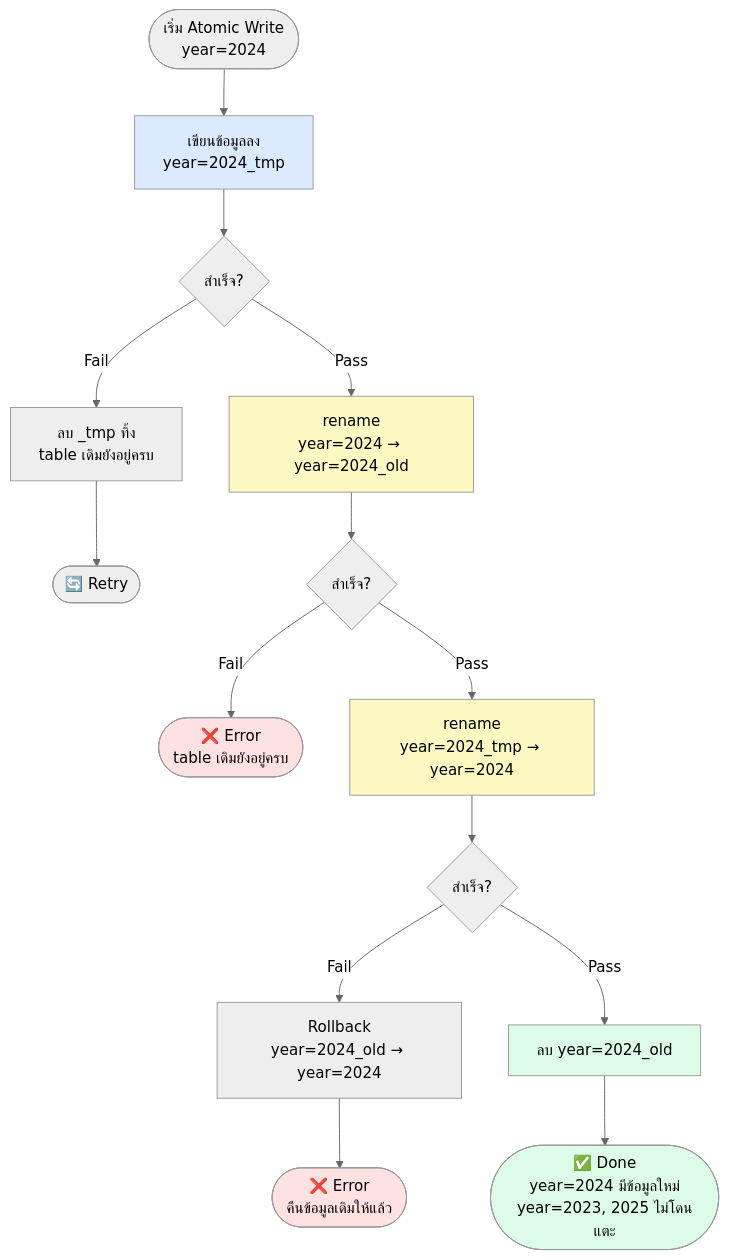
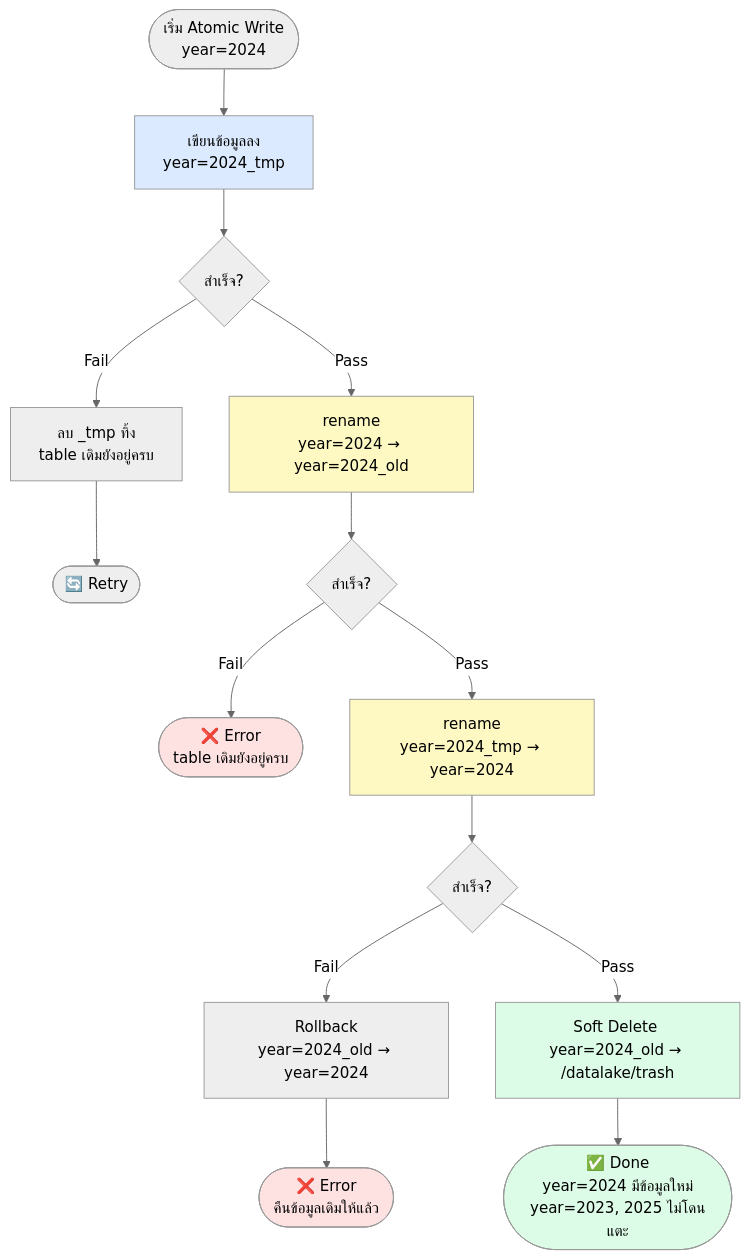
One commit to Ronnagon-Phukahuta/hadoop-data-pipeline changed the third of 3 diagrams in README.md. Above: the diagram before and after it, drawn with Mermaid (neutral theme). The commit also changed other lines of this file and 26 other files, not shown here.

First line of the commit message:
feat: Phase 1 — Stabilize (soft delete, versioning, CLI, logging) (#3)

````diff
--- a/README.md
+++ b/README.md
@@ -342,31 +369,31 @@
 ```mermaid
 flowchart TD
     A([เริ่ม Atomic Write<br/>year=2024]) --> B[เขียนข้อมูลลง<br/>year=2024_tmp]
 
     B --> B1{สำเร็จ?}
     B1 -->|Fail| B2[ลบ _tmp ทิ้ง<br/>table เดิมยังอยู่ครบ]
     B2 --> RETRY([🔄 Retry])
     B1 -->|Pass| C
 
     C[rename<br/>year=2024 → year=2024_old]
     C --> C1{สำเร็จ?}
     C1 -->|Fail| C2([❌ Error<br/>table เดิมยังอยู่ครบ])
     C1 -->|Pass| D
 
     D[rename<br/>year=2024_tmp → year=2024]
     D --> D1{สำเร็จ?}
     D1 -->|Fail| D2[Rollback<br/>year=2024_old → year=2024]
     D2 --> FAIL([❌ Error<br/>คืนข้อมูลเดิมให้แล้ว])
     D1 -->|Pass| E
 
-    E[ลบ year=2024_old]
+    E[Soft Delete year=2024_old → /datalake/trash]
     E --> DONE([✅ Done<br/>year=2024 มีข้อมูลใหม่<br/>year=2023, 2025 ไม่โดนแตะ])
 
     style B fill:#dbeafe
     style C fill:#fef9c3
     style D fill:#fef9c3
     style E fill:#dcfce7
     style DONE fill:#dcfce7
     style FAIL fill:#fee2e2
     style C2 fill:#fee2e2
 ```
````
